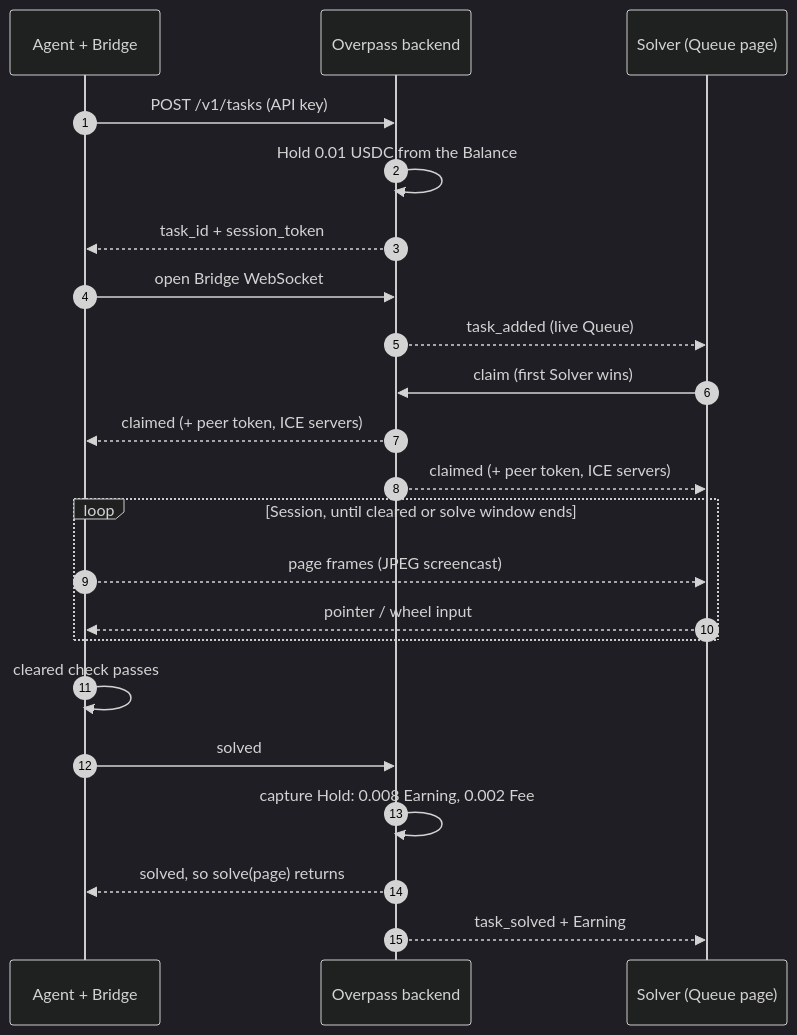
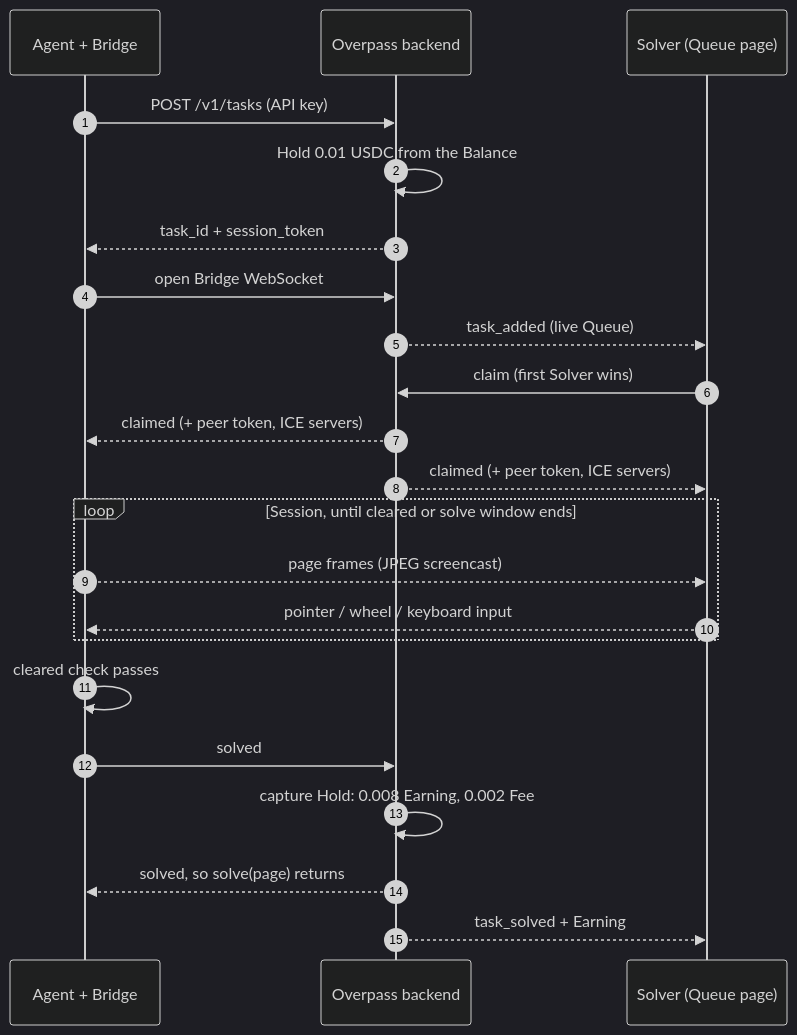
Before and after one commit to yuchia329/overpass: the first of 5 diagrams in README.md, drawn with Mermaid (dark theme). The commit also changed other lines of this file and 26 other files, not shown here.

````diff
--- a/README.md
+++ b/README.md
@@ -45,25 +45,25 @@
 ```mermaid
 sequenceDiagram
     autonumber
     participant A as Agent + Bridge
     participant B as Overpass backend
     participant S as Solver (Queue page)
 
     A->>B: POST /v1/tasks (API key)
     B->>B: Hold 0.01 USDC from the Balance
     B-->>A: task_id + session_token
     A->>B: open Bridge WebSocket
     B-->>S: task_added (live Queue)
     S->>B: claim (first Solver wins)
     B-->>A: claimed (+ peer token, ICE servers)
     B-->>S: claimed (+ peer token, ICE servers)
     loop Session, until cleared or solve window ends
         A-->>S: page frames (JPEG screencast)
-        S-->>A: pointer / wheel input
+        S-->>A: pointer / wheel / keyboard input
     end
     A->>A: cleared check passes
     A->>B: solved
     B->>B: capture Hold: 0.008 Earning, 0.002 Fee
     B-->>A: solved, so solve(page) returns
     B-->>S: task_solved + Earning
 ```
````
